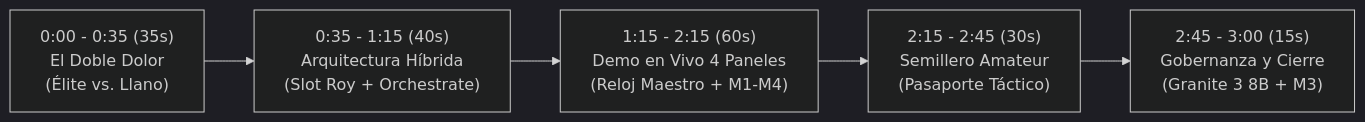
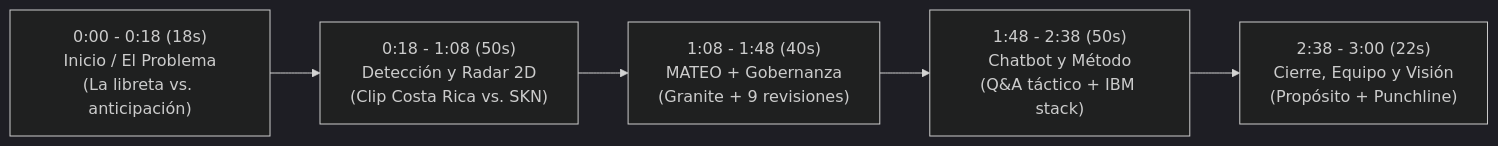
The diagram in PITCH_DECK.md (FerTC8/omnimorph-pitch-storytelling), drawn with Mermaid (dark theme) before and after one commit. The commit also changed other lines of this file, not shown here.

````diff
--- a/PITCH_DECK.md
+++ b/PITCH_DECK.md
@@ -13,7 +13,7 @@
 ```mermaid
 flowchart LR
-    A["0:00 - 0:35 (35s)<br/>El Doble Dolor<br/>(Élite vs. Llano)"] --> B["0:35 - 1:15 (40s)<br/>Arquitectura Híbrida<br/>(Slot Roy + Orchestrate)"]
-    B --> C["1:15 - 2:15 (60s)<br/>Demo en Vivo 4 Paneles<br/>(Reloj Maestro + M1-M4)"]
-    C --> D["2:15 - 2:45 (30s)<br/>Semillero Amateur<br/>(Pasaporte Táctico)"]
-    D --> E["2:45 - 3:00 (15s)<br/>Gobernanza y Cierre<br/>(Granite 3 8B + M3)"]
+    A["0:00 - 0:18 (18s)<br/>Inicio / El Problema<br/>(La libreta vs. anticipación)"] --> B["0:18 - 1:08 (50s)<br/>Detección y Radar 2D<br/>(Clip Costa Rica vs. SKN)"]
+    B --> C["1:08 - 1:48 (40s)<br/>MATEO + Gobernanza<br/>(Granite + 9 revisiones)"]
+    C --> D["1:48 - 2:38 (50s)<br/>Chatbot y Método<br/>(Q&A táctico + IBM stack)"]
+    D --> E["2:38 - 3:00 (22s)<br/>Cierre, Equipo y Visión<br/>(Propósito + Punchline)"]
 ```
````
